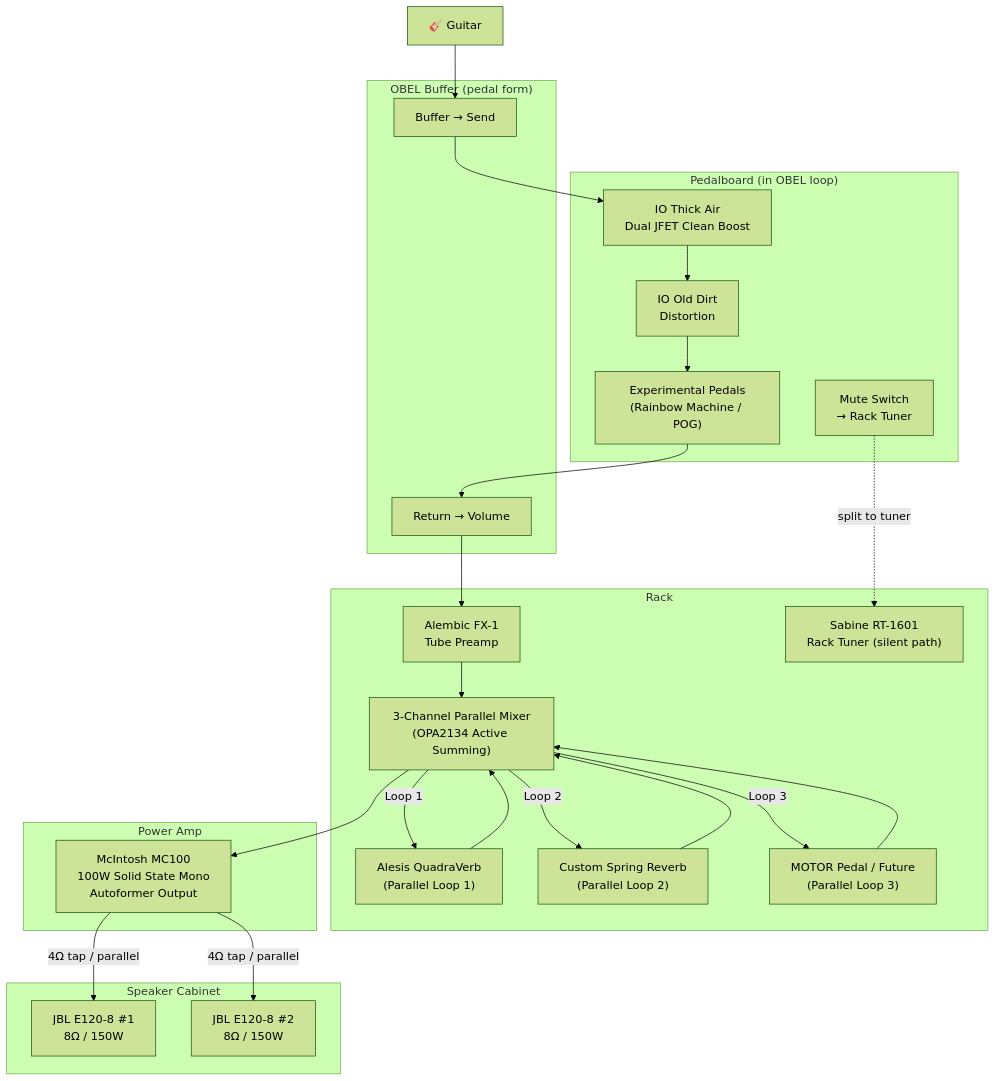
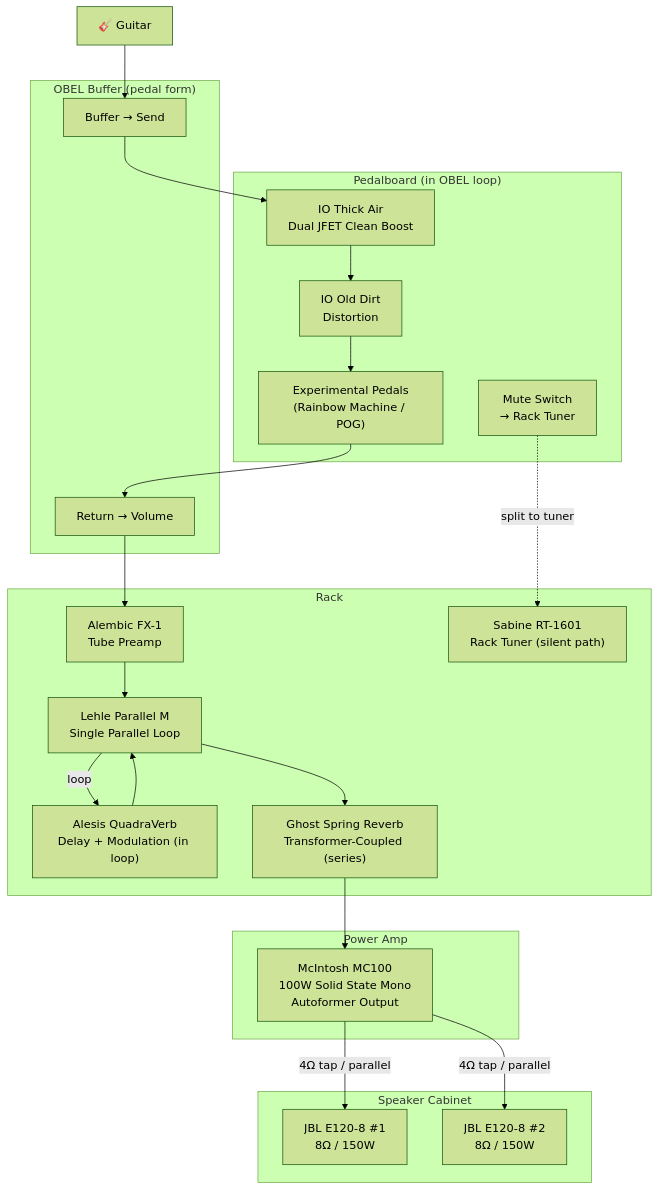
Before and after one commit to bingeboy/le-ton-juste: the second of 2 diagrams in chain.md, drawn with Mermaid (forest theme). The commit also changed other lines of this file and 6 other files, not shown here.

First line of the commit message:
Simplify parallel mixer: Lehle Parallel M replaces DIY 3-loop design

````diff
--- a/chain.md
+++ b/chain.md
@@ -42,49 +42,47 @@
 ```mermaid
 flowchart TD
   G["🎸 Guitar"]
 
   subgraph OBEL["OBEL Buffer (pedal form)"]
     BUF_SEND["Buffer → Send"]
     BUF_RET["Return → Volume"]
   end
 
   subgraph PEDALBOARD["Pedalboard (in OBEL loop)"]
     TA["IO Thick Air<br/>Dual JFET Clean Boost"]
     DIRT["IO Old Dirt<br/>Distortion"]
     MUTE["Mute Switch<br/>→ Rack Tuner"]
     WEIRD["Experimental Pedals<br/>(Rainbow Machine / POG)"]
   end
 
   subgraph RACK["Rack"]
     PRE["Alembic FX-1<br/>Tube Preamp"]
-    MIX["3-Channel Parallel Mixer<br/>(OPA2134 Active Summing)"]
-    QV["Alesis QuadraVerb<br/>(Parallel Loop 1)"]
-    REV["Custom Spring Reverb<br/>(Parallel Loop 2)"]
-    MOTOR["MOTOR Pedal / Future<br/>(Parallel Loop 3)"]
+    LPM["Lehle Parallel M<br/>Single Parallel Loop"]
+    QV["Alesis QuadraVerb<br/>Delay + Modulation (in loop)"]
+    REV["Ghost Spring Reverb<br/>Transformer-Coupled (series)"]
     TUNER["Sabine RT-1601<br/>Rack Tuner (silent path)"]
   end
 
   subgraph AMP["Power Amp"]
     MC["McIntosh MC100<br/>100W Solid State Mono<br/>Autoformer Output"]
   end
 
   subgraph CABINET["Speaker Cabinet"]
     SP1["JBL E120-8 #1<br/>8Ω / 150W"]
     SP2["JBL E120-8 #2<br/>8Ω / 150W"]
   end
 
   G --> BUF_SEND
   BUF_SEND --> TA
   TA --> DIRT
   DIRT --> WEIRD
   WEIRD --> BUF_RET
   BUF_RET --> PRE
-  PRE --> MIX
-  MIX -- Loop 1 --> QV --> MIX
-  MIX -- Loop 2 --> REV --> MIX
-  MIX -- Loop 3 --> MOTOR --> MIX
-  MIX --> MC
+  PRE --> LPM
+  LPM -- loop --> QV --> LPM
+  LPM --> REV
+  REV --> MC
   MC -->|"4Ω tap / parallel"| SP1
   MC -->|"4Ω tap / parallel"| SP2
   MUTE -.->|"split to tuner"| TUNER
 ```
````
